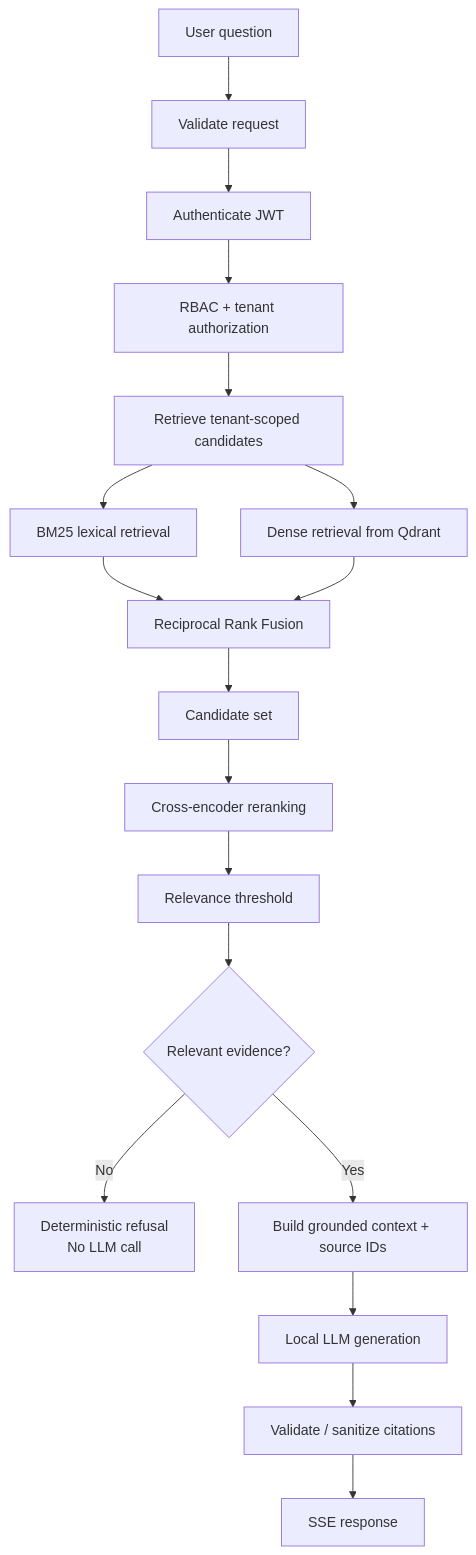
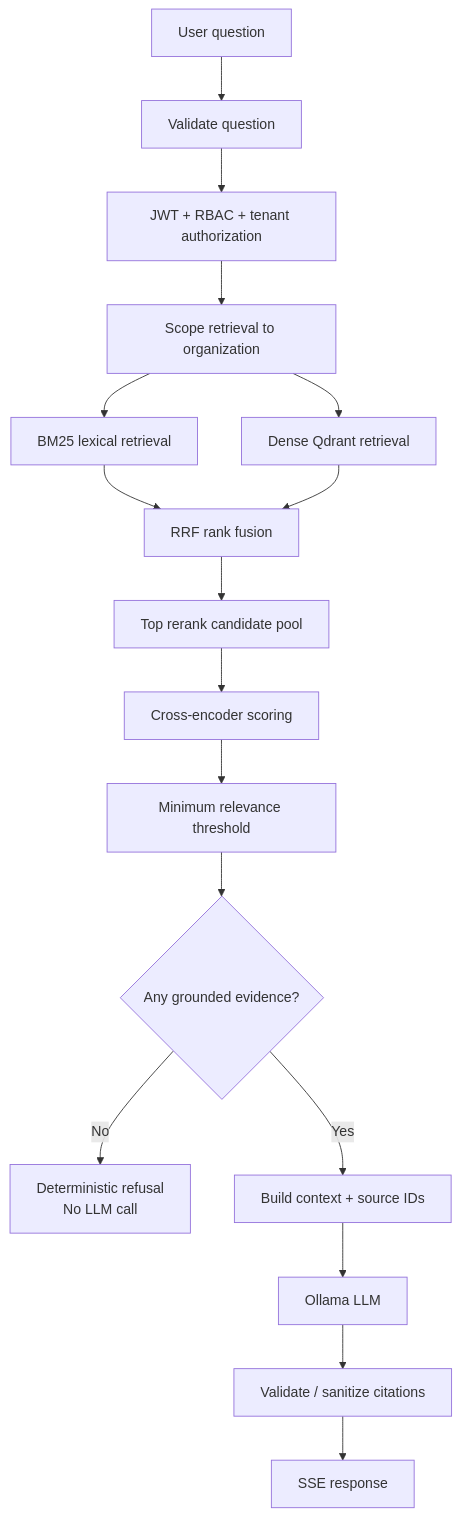
The fifth of 8 diagrams in README.md (Sujeet-Kona/NEXORA), drawn with Mermaid before and after one commit. The commit also changed other lines of this file, not shown here.

````diff
--- a/README.md
+++ b/README.md
@@ -156,24 +198,23 @@
 ```mermaid
 flowchart TD
-    A[User question] --> B[Validate request]
-    B --> C[Authenticate JWT]
-    C --> D[RBAC + tenant authorization]
-    D --> E[Retrieve tenant-scoped candidates]
+    Q[User question] --> V[Validate question]
+    V --> A[JWT + RBAC + tenant authorization]
+    A --> S[Scope retrieval to organization]
 
-    E --> BM25[BM25 lexical retrieval]
-    E --> DENSE[Dense retrieval from Qdrant]
+    S --> LEX[BM25 lexical retrieval]
+    S --> DEN[Dense Qdrant retrieval]
 
-    BM25 --> RRF[Reciprocal Rank Fusion]
-    DENSE --> RRF
+    LEX --> FUSE[RRF rank fusion]
+    DEN --> FUSE
 
-    RRF --> CAND[Candidate set]
-    CAND --> RERANK[Cross-encoder reranking]
-    RERANK --> FILTER[Relevance threshold]
+    FUSE --> CAND[Top rerank candidate pool]
+    CAND --> RERANK[Cross-encoder scoring]
+    RERANK --> FILTER[Minimum relevance threshold]
 
-    FILTER --> CHECK{Relevant evidence?}
+    FILTER --> CHECK{Any grounded evidence?}
     CHECK -->|No| REFUSE[Deterministic refusal<br/>No LLM call]
-    CHECK -->|Yes| CONTEXT[Build grounded context + source IDs]
-    CONTEXT --> LLM[Local LLM generation]
-    LLM --> VALIDATE[Validate / sanitize citations]
-    VALIDATE --> STREAM[SSE response]
+    CHECK -->|Yes| CTX[Build context + source IDs]
+    CTX --> GEN[Ollama LLM]
+    GEN --> CIT[Validate / sanitize citations]
+    CIT --> STREAM[SSE response]
 ```
````
